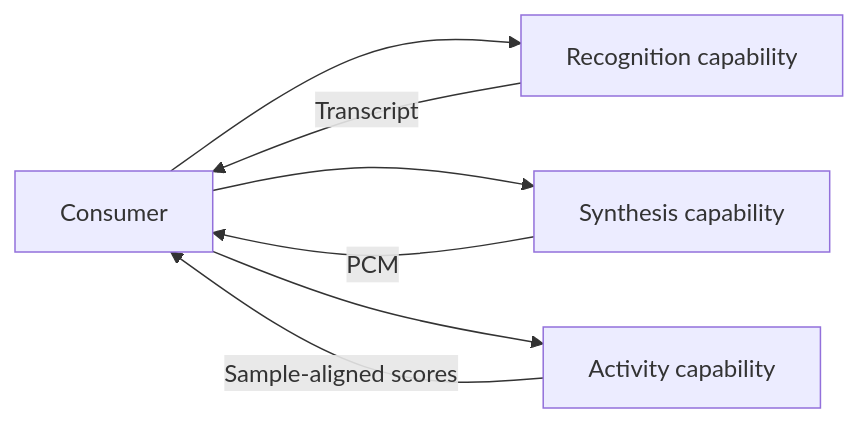
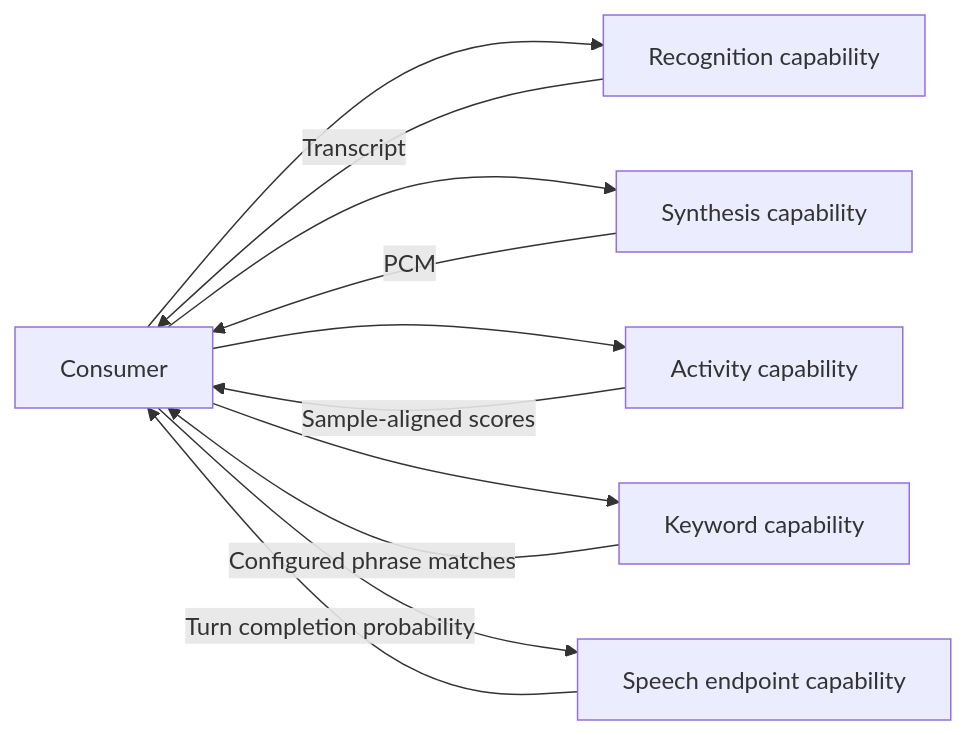
Before and after one commit to devilyouwei/MobileHarness: the first of 2 diagrams in MobileHarness/ModelKit/Speech/README.md, drawn with Mermaid. The commit also changed other lines of this file and 201 other files, not shown here.

````diff
--- a/MobileHarness/ModelKit/Speech/README.md
+++ b/MobileHarness/ModelKit/Speech/README.md
@@ -15,9 +15,13 @@
 ```mermaid
 flowchart LR
  Consumer --> ASR[Recognition capability]
  Consumer --> TTS[Synthesis capability]
  Consumer --> VAD[Activity capability]
+ Consumer --> KWS[Keyword capability]
+ Consumer --> Endpoint[Speech endpoint capability]
  ASR -->|Transcript| Consumer
  TTS -->|PCM| Consumer
  VAD -->|Sample-aligned scores| Consumer
+ KWS -->|Configured phrase matches| Consumer
+ Endpoint -->|Turn completion probability| Consumer
 ```
````
